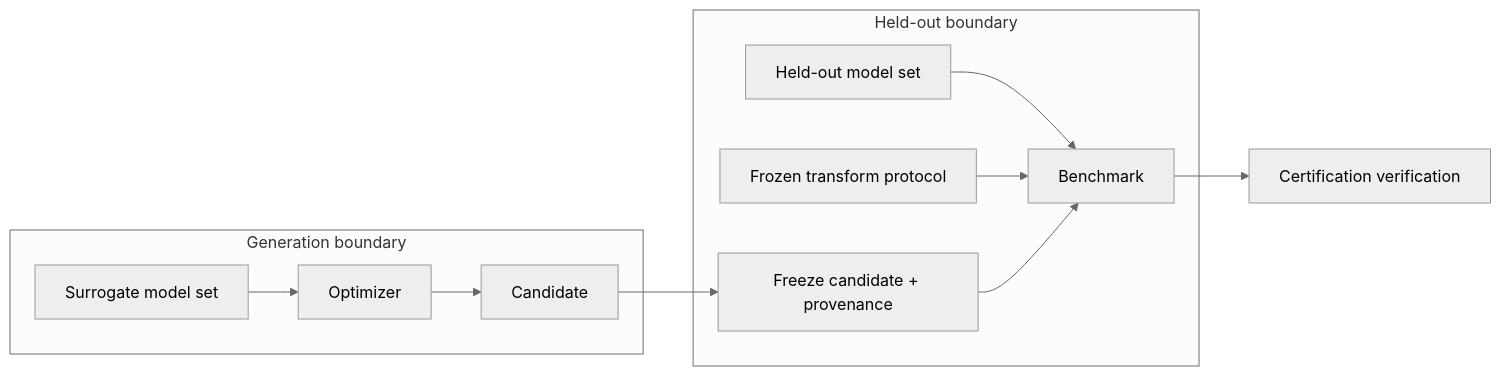
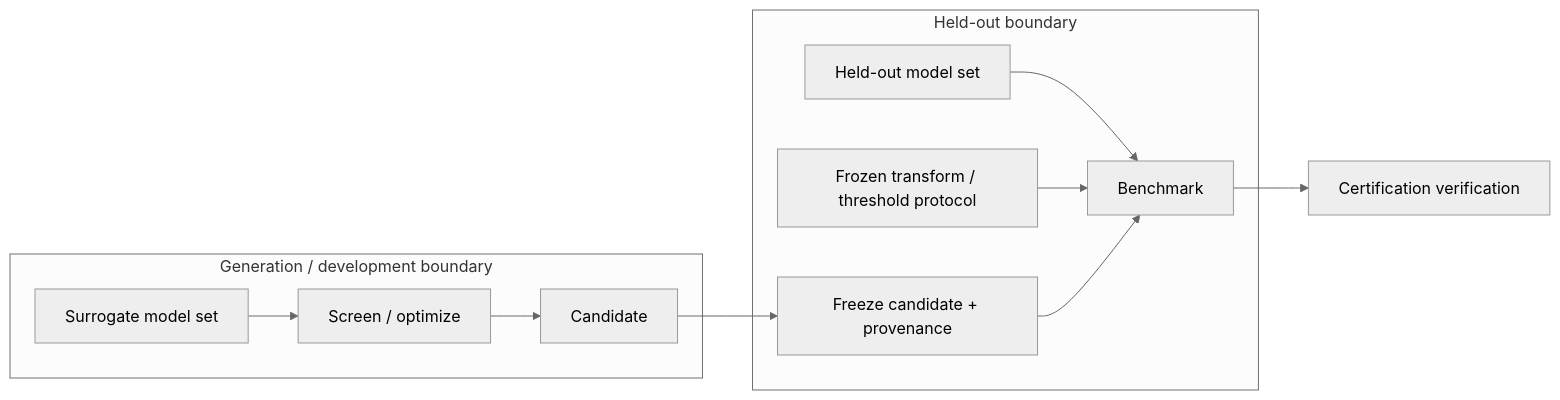
Before and after one commit to ninja-ops-guy/adversarial-clothing-pipeline: the fourth of 6 diagrams in docs/ARCHITECTURE.md, drawn with Mermaid (neutral theme). The commit also changed other lines of this file, not shown here.

Commit message:
docs: refresh architecture and execution boundaries

````diff
--- a/docs/ARCHITECTURE.md
+++ b/docs/ARCHITECTURE.md
@@ -85,17 +91,17 @@
 ```mermaid
 flowchart LR
-    subgraph GEN[Generation boundary]
-      S[Surrogate model set] --> O[Optimizer]
+    subgraph GEN[Generation / development boundary]
+      S[Surrogate model set] --> O[Screen / optimize]
       O --> C[Candidate]
     end
 
     C --> F[Freeze candidate + provenance]
 
     subgraph HELD[Held-out boundary]
       H[Held-out model set] --> B[Benchmark]
-      T[Frozen transform protocol] --> B
+      T[Frozen transform / threshold protocol] --> B
       F --> B
     end
 
     B --> V[Certification verification]
 ```
````
